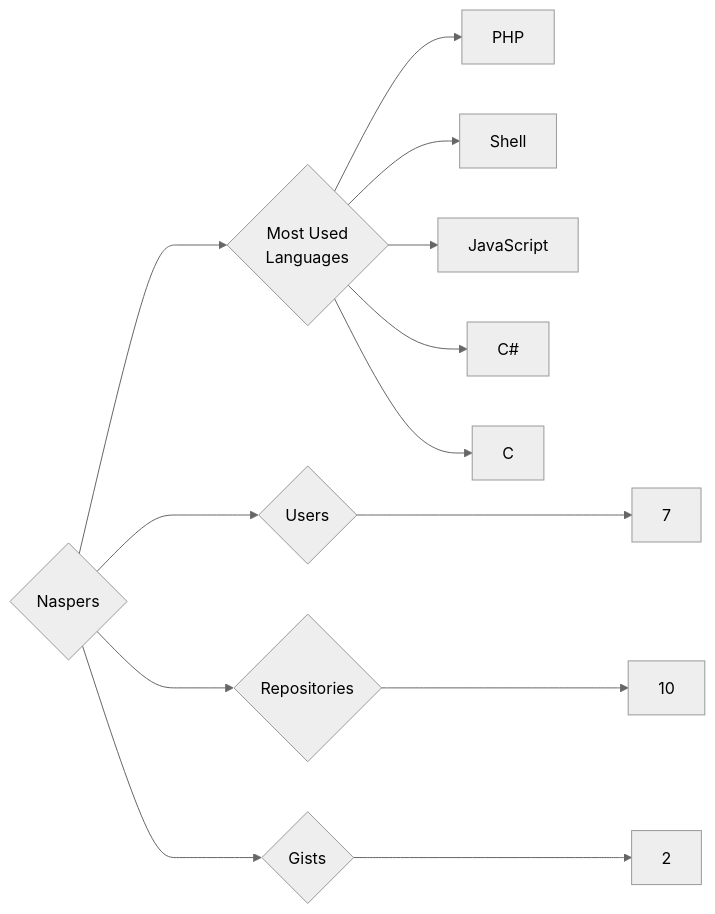
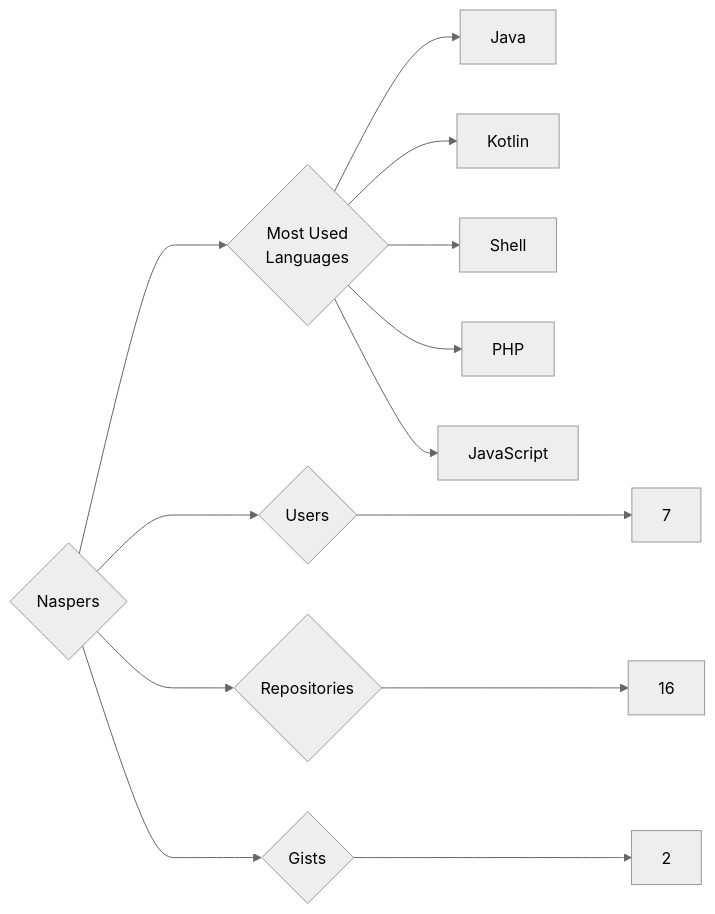
Before and after one commit to trickest/insiders: the diagram in targets/Naspers/README.md, drawn with Mermaid (neutral theme). The commit also changed 973 other files, not shown here.

````diff
--- a/targets/Naspers/README.md
+++ b/targets/Naspers/README.md
@@ -3,13 +3,13 @@
 ```mermaid
 graph LR
 COMPANY_NAME{Naspers}
 COMPANY_NAME ---> U{Users} ---> UN[7]
-COMPANY_NAME ---> R{Repositories} ---> RN[10]
+COMPANY_NAME ---> R{Repositories} ---> RN[16]
 COMPANY_NAME ---> G{Gists} ---> GN[2]
 COMPANY_NAME ---> ML{Most Used<br>Languages}
+ML --> Java[Java]
+ML --> Kotlin[Kotlin]
+ML --> Shell[Shell]
 ML --> PHP[PHP]
-ML --> Shell[Shell]
 ML --> JavaScript[JavaScript]
-ML --> C#[C#]
-ML --> C[C]
 ```
````
